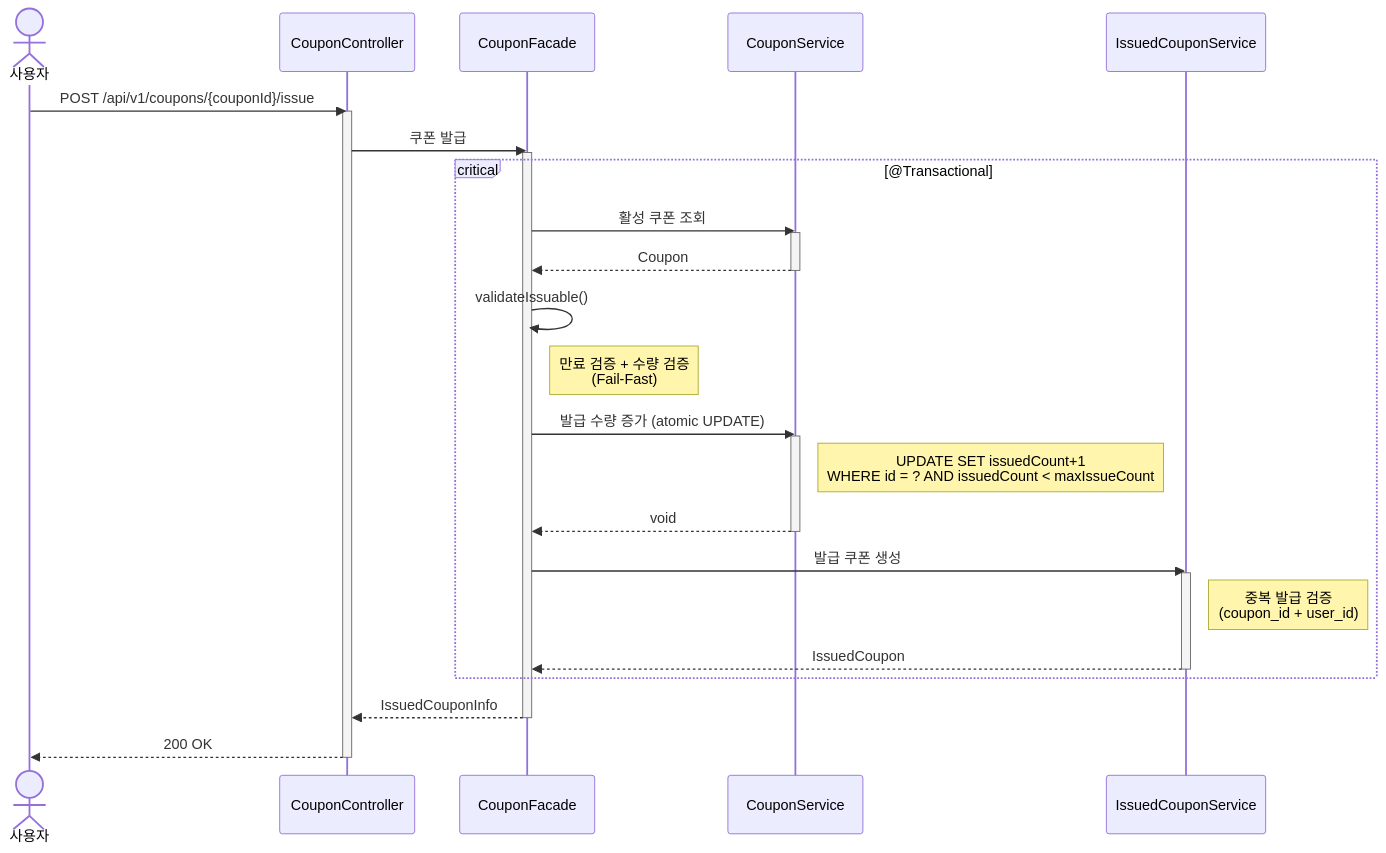
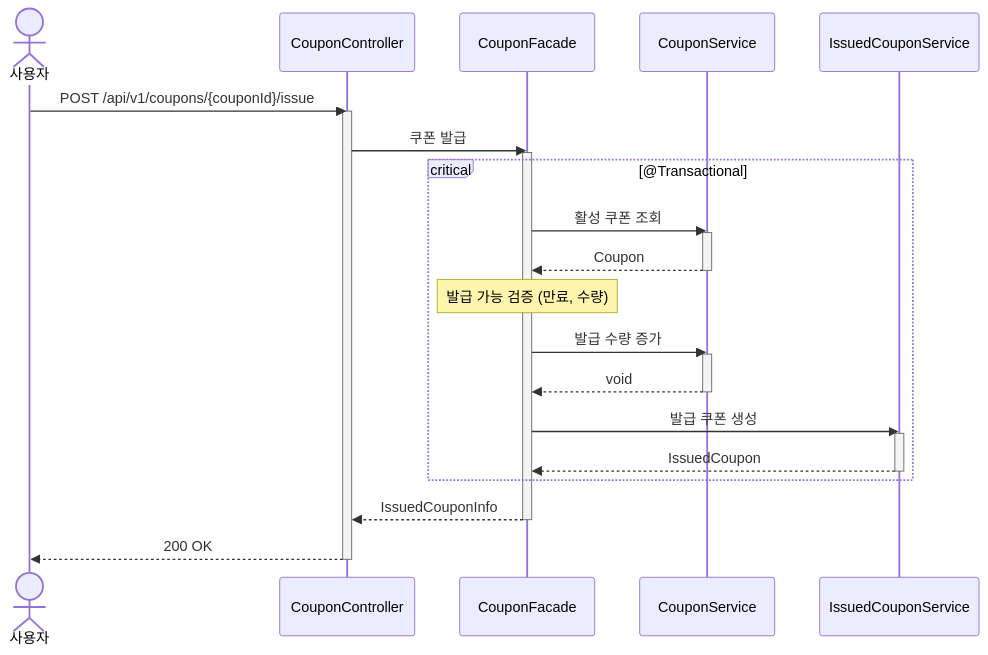
One commit to Loopers-dev-lab/loop-pack-be-l2-vol3-java changed the diagram in docs/design/coupon/sequences/007-coupon-issue.md. Above: the diagram before and after it, drawn with Mermaid. The commit also changed other lines of this file and 6 other files, not shown here.

````diff
--- a/docs/design/coupon/sequences/007-coupon-issue.md
+++ b/docs/design/coupon/sequences/007-coupon-issue.md
@@ -8,40 +8,37 @@
 ```mermaid
 sequenceDiagram
     actor 사용자
     participant CC as CouponController
     participant CF as CouponFacade
     participant CS as CouponService
     participant ICS as IssuedCouponService
 
     사용자->>CC: POST /api/v1/coupons/{couponId}/issue
     activate CC
     CC->>CF: 쿠폰 발급
     activate CF
 
     critical @Transactional
         CF->>CS: 활성 쿠폰 조회
         activate CS
         CS-->>CF: Coupon
         deactivate CS
 
-        CF->>CF: validateIssuable()
-        Note right of CF: 만료 검증 + 수량 검증<br/>(Fail-Fast)
+        Note over CF: 발급 가능 검증 (만료, 수량)
 
-        CF->>CS: 발급 수량 증가 (atomic UPDATE)
+        CF->>CS: 발급 수량 증가
         activate CS
-        Note right of CS: UPDATE SET issuedCount+1<br/>WHERE id = ? AND issuedCount < maxIssueCount
         CS-->>CF: void
         deactivate CS
 
         CF->>ICS: 발급 쿠폰 생성
         activate ICS
-        Note right of ICS: 중복 발급 검증<br/>(coupon_id + user_id)
         ICS-->>CF: IssuedCoupon
         deactivate ICS
     end
 
     CF-->>CC: IssuedCouponInfo
     deactivate CF
     CC-->>사용자: 200 OK
     deactivate CC
 ```
````
